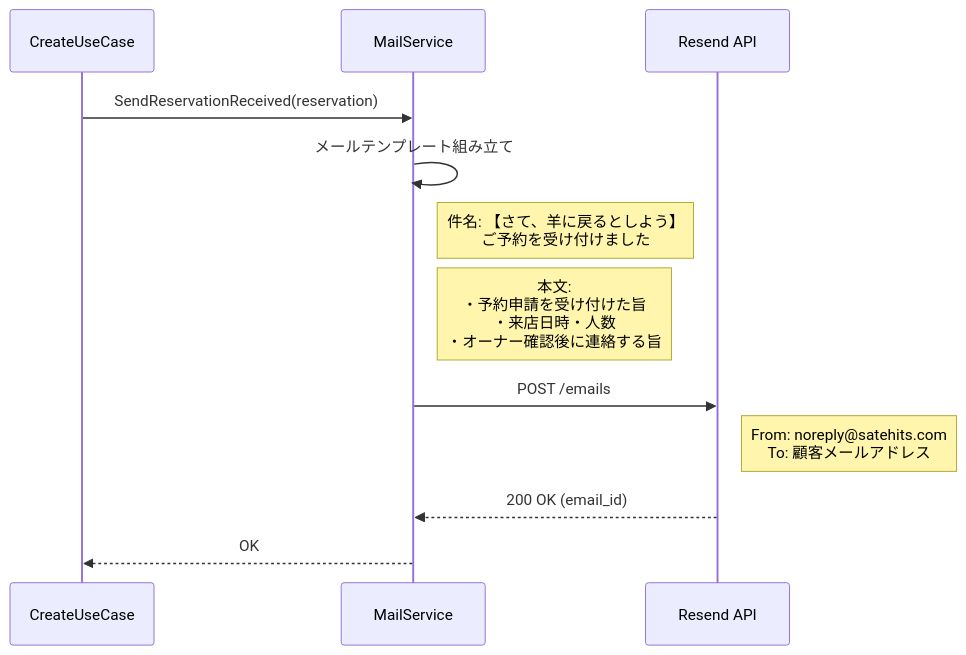
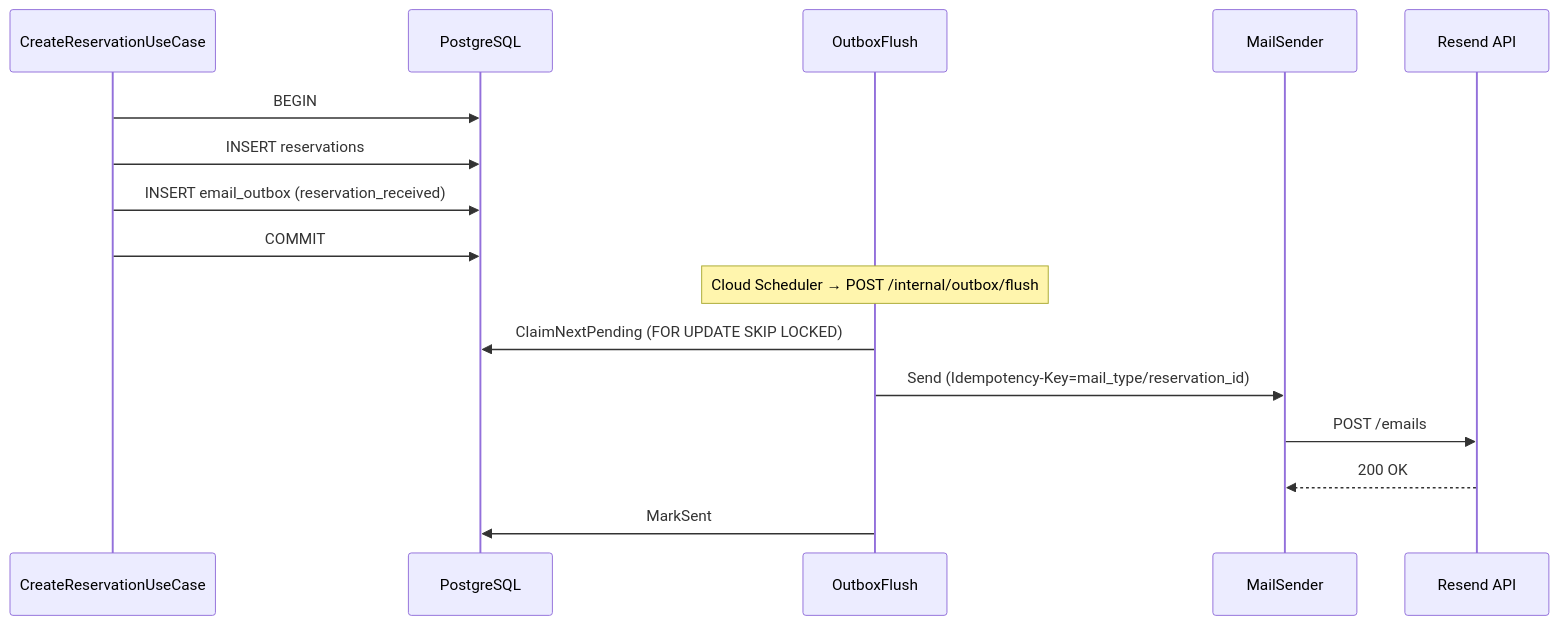
The tenth of 15 diagrams in docs/sequence.md (cergijame101007/satehits), drawn with Mermaid before and after one commit. The commit also changed other lines of this file and 9 other files, not shown here.

````diff
--- a/docs/sequence.md
+++ b/docs/sequence.md
@@ -387,17 +385,19 @@
 ```mermaid
 sequenceDiagram
-    participant UseCase as CreateUseCase
-    participant MailService as MailService
+    participant UseCase as CreateReservationUseCase
+    participant DB as PostgreSQL
+    participant Flush as OutboxFlush
+    participant Sender as MailSender
     participant Resend as Resend API
 
-    UseCase->>MailService: SendReservationReceived(reservation)
-    
-    MailService->>MailService: メールテンプレート組み立て
-    Note right of MailService: 件名: 【さて、羊に戻るとしよう】<br>ご予約を受け付けました
-    Note right of MailService: 本文:<br>・予約申請を受け付けた旨<br>・来店日時・人数<br>・オーナー確認後に連絡する旨
-    
-    MailService->>Resend: POST /emails
-    Note right of Resend: From: noreply@satehits.com<br>To: 顧客メールアドレス
-    Resend-->>MailService: 200 OK (email_id)
-    MailService-->>UseCase: OK
+    UseCase->>DB: BEGIN
+    UseCase->>DB: INSERT reservations
+    UseCase->>DB: INSERT email_outbox (reservation_received)
+    UseCase->>DB: COMMIT
+    Note over Flush: Cloud Scheduler → POST /internal/outbox/flush
+    Flush->>DB: ClaimNextPending (FOR UPDATE SKIP LOCKED)
+    Flush->>Sender: Send (Idempotency-Key=mail_type/reservation_id)
+    Sender->>Resend: POST /emails
+    Resend-->>Sender: 200 OK
+    Flush->>DB: MarkSent
 ```
````
